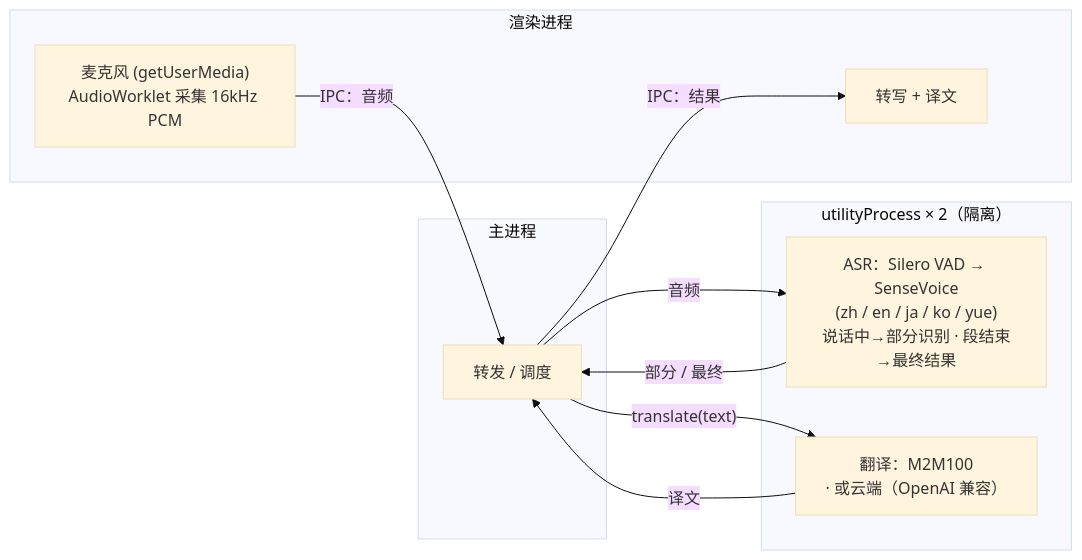
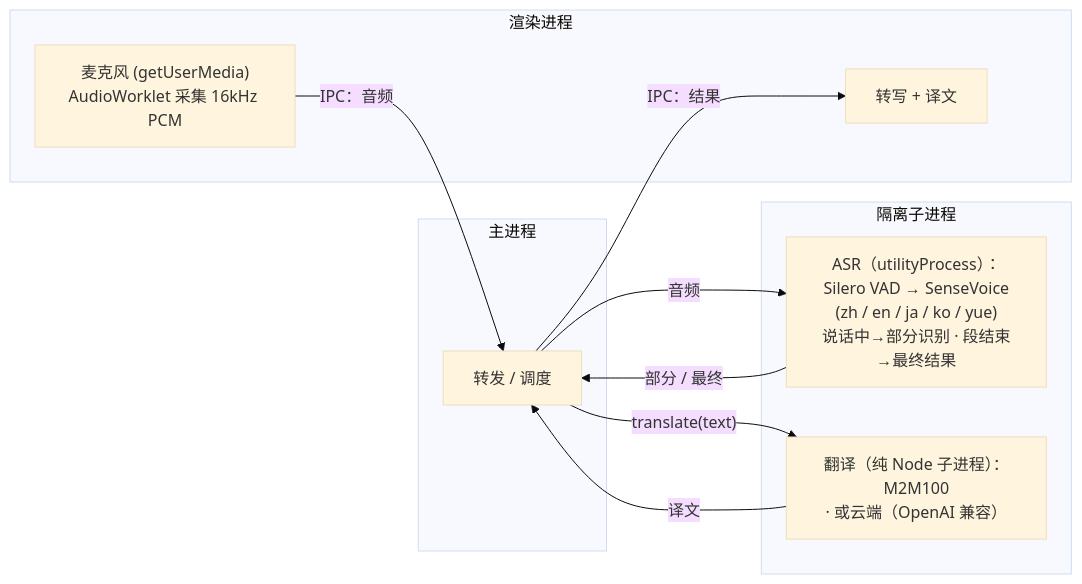
Before and after one commit to baijunjie/realtime-translator: the diagram in README.zh-CN.md, drawn with Mermaid (base theme). The commit also changed other lines of this file and 5 other files, not shown here.

````diff
--- a/README.zh-CN.md
+++ b/README.zh-CN.md
@@ -108,20 +115,20 @@
 ```mermaid
 flowchart LR
   subgraph RENDER["渲染进程"]
     MIC["麦克风 (getUserMedia)<br/>AudioWorklet 采集 16kHz PCM"]
     UI["转写 + 译文"]
   end
   subgraph MAIN["主进程"]
     HUB["转发 / 调度"]
   end
-  subgraph UTIL["utilityProcess × 2（隔离）"]
-    ASR["ASR：Silero VAD → SenseVoice<br/>(zh / en / ja / ko / yue)<br/>说话中→部分识别 · 段结束→最终结果"]
-    TRANS["翻译：M2M100<br/>· 或云端（OpenAI 兼容）"]
+  subgraph UTIL["隔离子进程"]
+    ASR["ASR（utilityProcess）：Silero VAD → SenseVoice<br/>(zh / en / ja / ko / yue)<br/>说话中→部分识别 · 段结束→最终结果"]
+    TRANS["翻译（纯 Node 子进程）：M2M100<br/>· 或云端（OpenAI 兼容）"]
   end
   MIC -- "IPC：音频" --> HUB
   HUB -- 音频 --> ASR
   ASR -- "部分 / 最终" --> HUB
   HUB -- "translate(text)" --> TRANS
   TRANS -- 译文 --> HUB
   HUB -- "IPC：结果" --> UI
 ```
````
